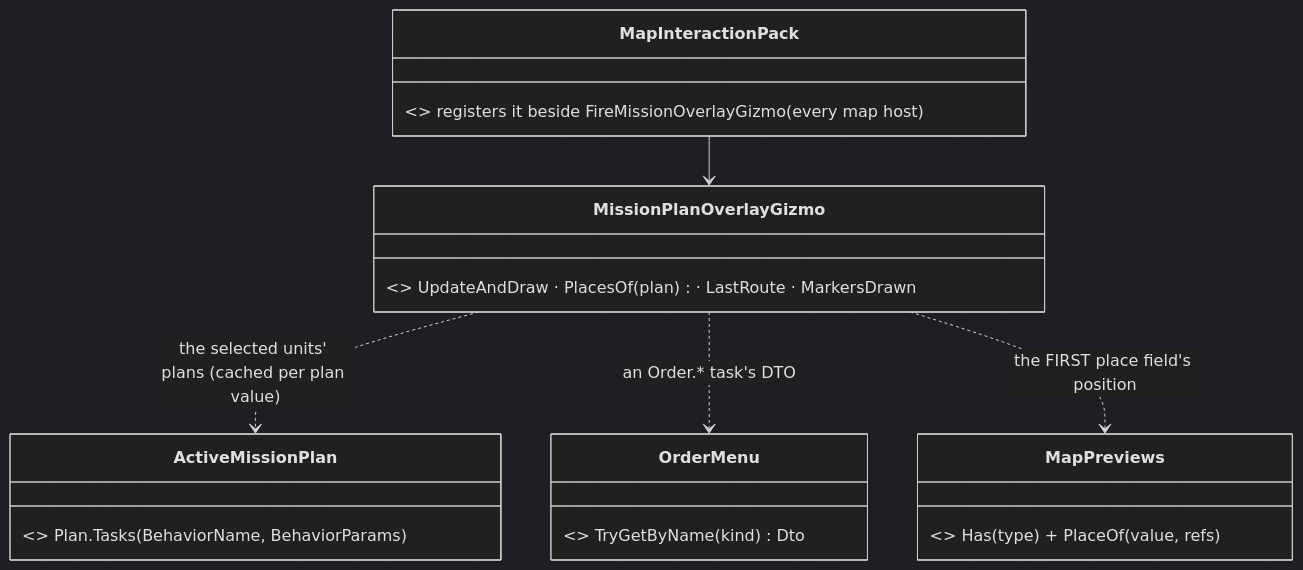
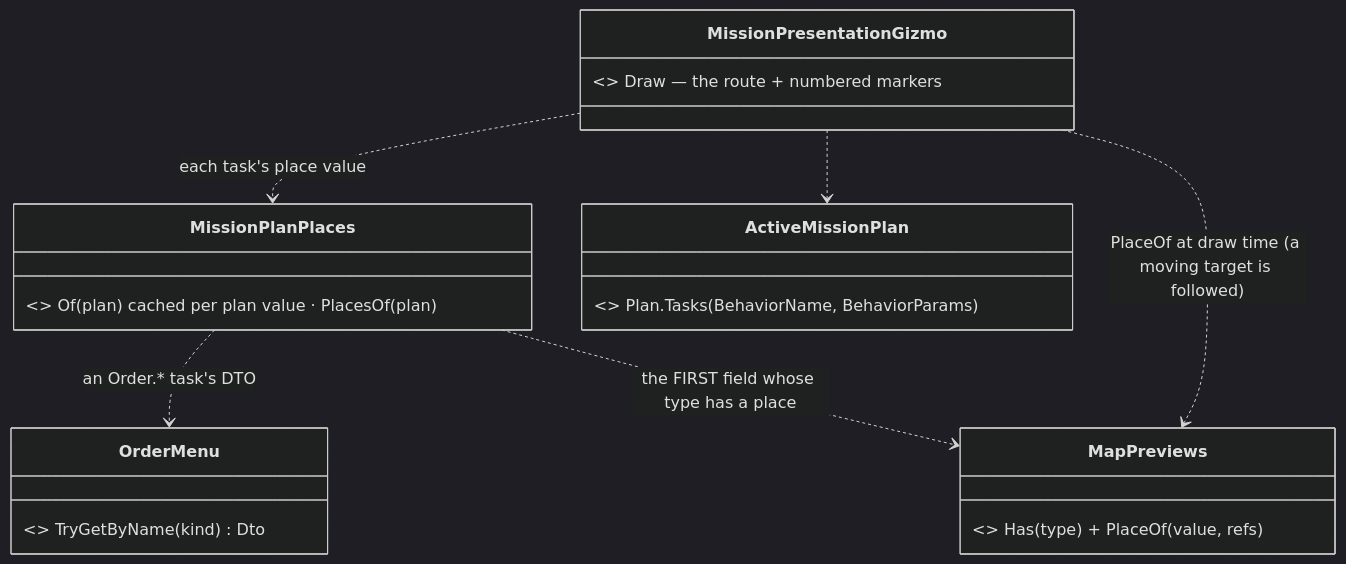
One commit to pjanec/HROT changed the tenth of 10 diagrams in docs/UX/DESIGN_Mission_Plan_Editor.md. Above: the diagram before and after it, drawn with Mermaid (dark theme). The commit also changed other lines of this file and 7 other files, not shown here.

First line of the commit message:
W-1 / P-8 8d-1: fold the plan-on-the-map into the ONE plan drawing (MissionPresentationGizmo); delete the parallel overlay

````diff
--- a/docs/UX/DESIGN_Mission_Plan_Editor.md
+++ b/docs/UX/DESIGN_Mission_Plan_Editor.md
@@ -562,12 +568,13 @@
 ```mermaid
 classDiagram
-  class MissionPlanOverlayGizmo { <<NEW, Hrot.Presentation/Orders>> UpdateAndDraw · PlacesOf(plan) · LastRoute · MarkersDrawn }
+  class MissionPresentationGizmo { <<existing GizmoProjector, Path family>> Draw — the route + numbered markers }
+  class MissionPlanPlaces { <<NEW, pure>> Of(plan) cached per plan value · PlacesOf(plan) }
   class ActiveMissionPlan { <<existing record>> Plan.Tasks (BehaviorName, BehaviorParams) }
   class MapPreviews { <<existing>> Has(type) + PlaceOf(value, refs) }
   class OrderMenu { <<existing>> TryGetByName(kind) Dto }
-  class MapInteractionPack { <<existing>> registers it beside FireMissionOverlayGizmo (every map host) }
-  MissionPlanOverlayGizmo ..> ActiveMissionPlan : the selected units' plans (cached per plan value)
-  MissionPlanOverlayGizmo ..> OrderMenu : an Order.* task's DTO
-  MissionPlanOverlayGizmo ..> MapPreviews : the FIRST place field's position
-  MapInteractionPack --> MissionPlanOverlayGizmo
+  MissionPresentationGizmo ..> MissionPlanPlaces : each task's place value
+  MissionPlanPlaces ..> OrderMenu : an Order.* task's DTO
+  MissionPlanPlaces ..> MapPreviews : the FIRST field whose type has a place
+  MissionPresentationGizmo ..> MapPreviews : PlaceOf at draw time (a moving target is followed)
+  MissionPresentationGizmo ..> ActiveMissionPlan
 ```
````
